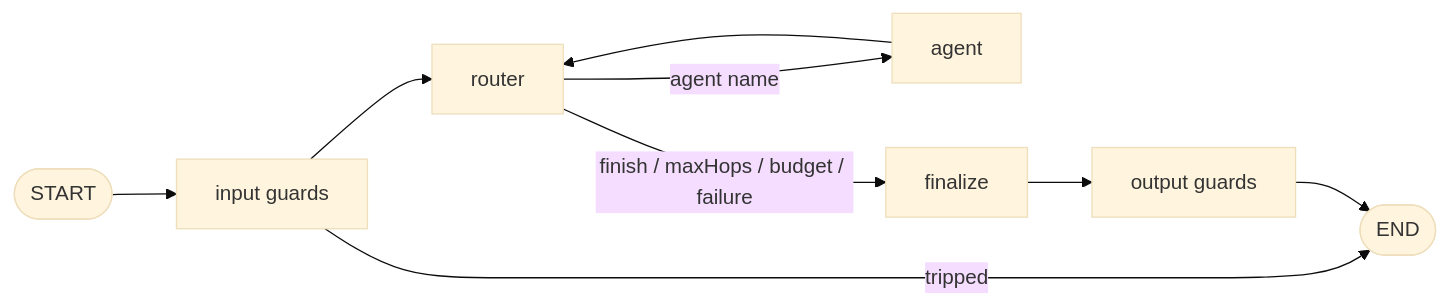
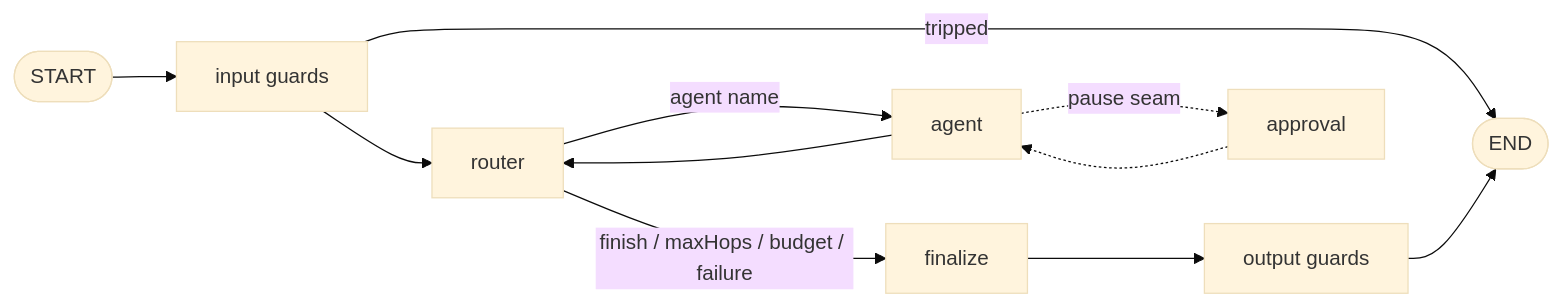
The diagram in Architecture.md (PavelRavvich/agbossjs), drawn with Mermaid (base theme) before and after one commit. The commit also changed 4 other files, not shown here.

Commit message:
docs(#32): Pause seam, ADR-0004

````diff
--- a/Architecture.md
+++ b/Architecture.md
@@ -3,10 +3,11 @@
 ```mermaid
 flowchart LR
   S([START]) --> IG[input guards]
   IG -- tripped --> E([END])
   IG --> R[router]
   R -- agent name --> A[agent]
   A --> R
   R -- finish / maxHops / budget / failure --> F[finalize]
   F --> OG[output guards] --> E
+  A -. pause seam .-> P[approval] -.-> A
 ```
````
